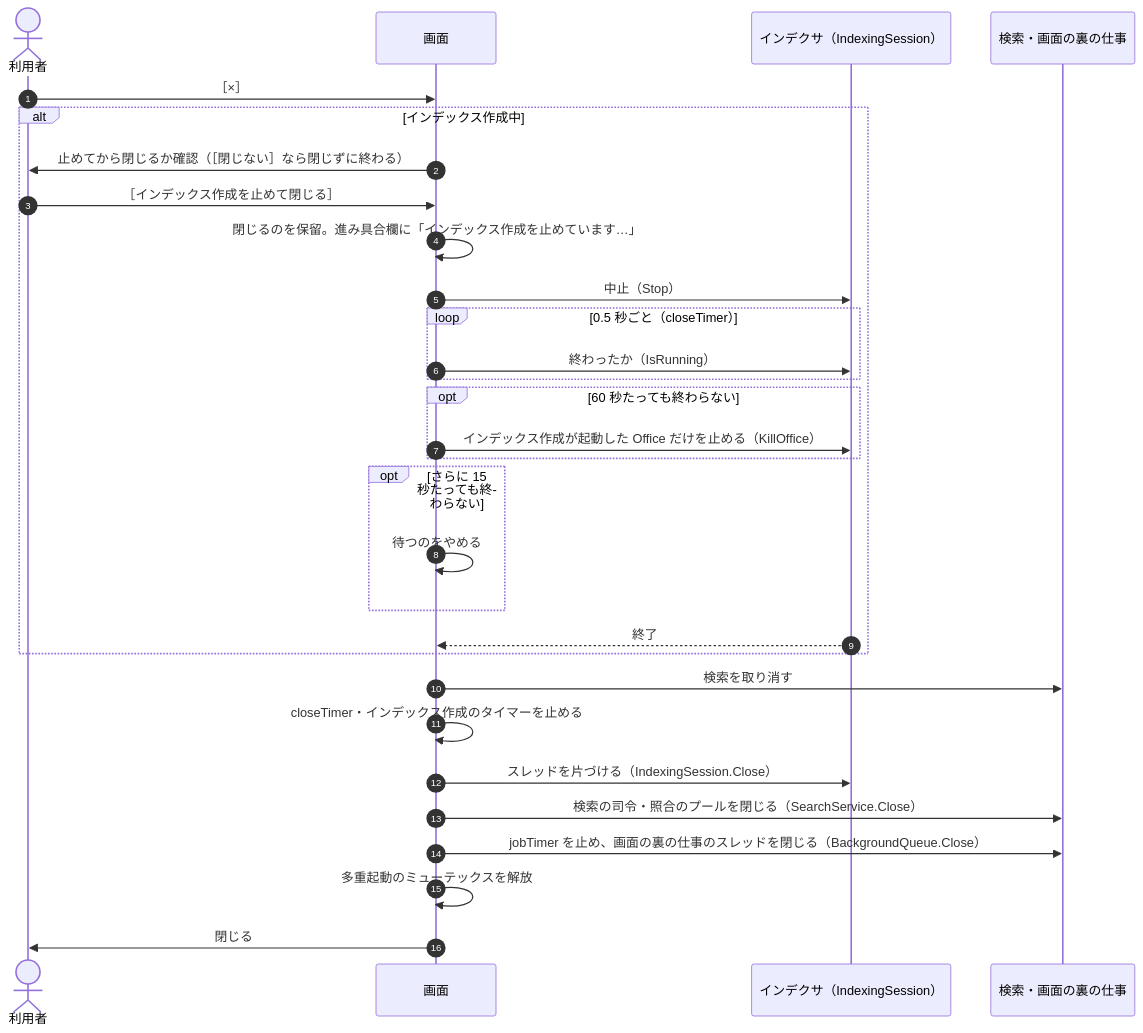
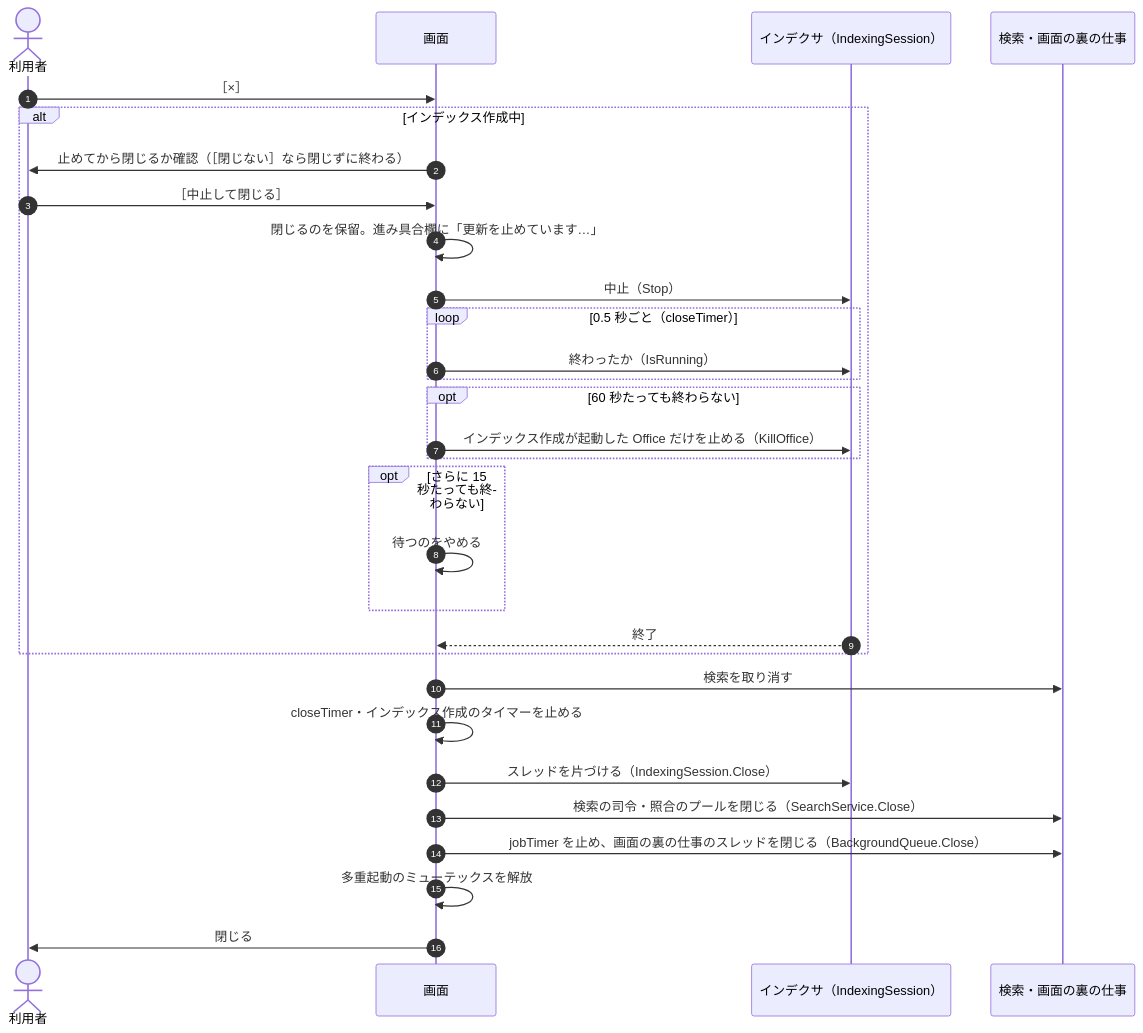
One commit to hsgwa/tebunko changed the fifth of 5 diagrams in docs/design/gui/state-flow.md. Above: the diagram before and after it, drawn with Mermaid. The commit also changed other lines of this file and 312 other files, not shown here.

````diff
--- a/docs/design/gui/state-flow.md
+++ b/docs/design/gui/state-flow.md
@@ -165,33 +164,33 @@
 ```mermaid
 sequenceDiagram
     autonumber
     actor U as 利用者
     participant G as 画面
     participant P as インデクサ（IndexingSession）
     participant S as 検索・画面の裏の仕事
 
     U->>G: ［×］
     alt インデックス作成中
         G->>U: 止めてから閉じるか確認（［閉じない］なら閉じずに終わる）
-        U->>G: ［インデックス作成を止めて閉じる］
-        G->>G: 閉じるのを保留。進み具合欄に「インデックス作成を止めています…」
+        U->>G: ［中止して閉じる］
+        G->>G: 閉じるのを保留。進み具合欄に「更新を止めています…」
         G->>P: 中止（Stop）
         loop 0.5 秒ごと（closeTimer）
             G->>P: 終わったか（IsRunning）
         end
         opt 60 秒たっても終わらない
             G->>P: インデックス作成が起動した Office だけを止める（KillOffice）
         end
         opt さらに 15 秒たっても終わらない
             G->>G: 待つのをやめる
         end
         P-->>G: 終了
     end
     G->>S: 検索を取り消す
     G->>G: closeTimer・インデックス作成のタイマーを止める
     G->>P: スレッドを片づける（IndexingSession.Close）
     G->>S: 検索の司令・照合のプールを閉じる（SearchService.Close）
     G->>S: jobTimer を止め、画面の裏の仕事のスレッドを閉じる（BackgroundQueue.Close）
     G->>G: 多重起動のミューテックスを解放
     G->>U: 閉じる
 ```
````
